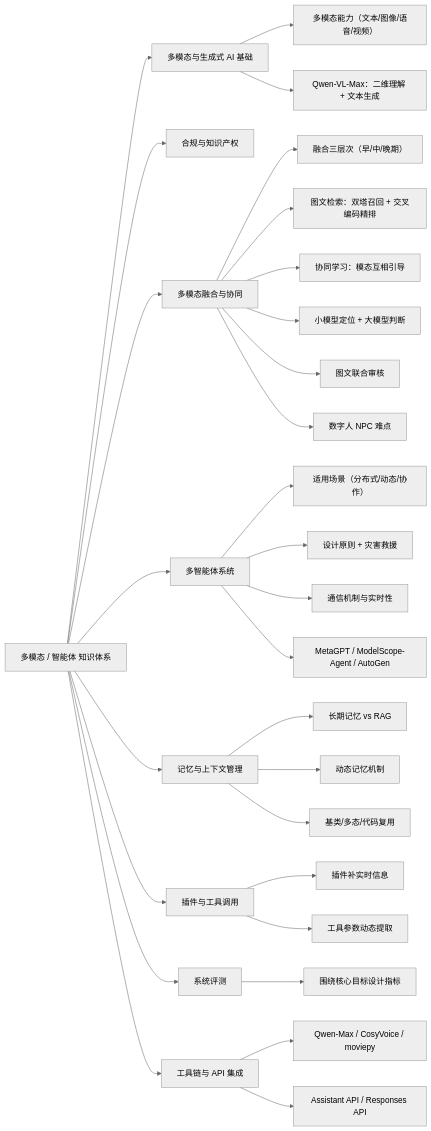
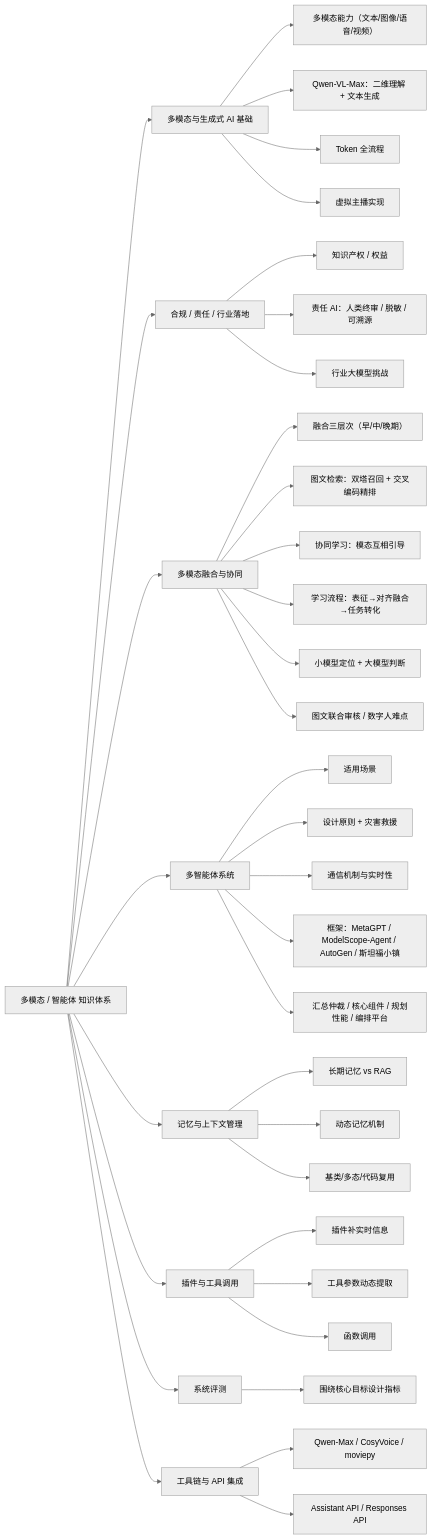
Before and after one commit to guoleihit/notes: the diagram in notes/ACP/多模态/多模态 知识点总结.md, drawn with Mermaid (neutral theme). The commit also changed other lines of this file and 1 other file, not shown here.

````diff
--- a/notes/ACP/多模态/多模态 知识点总结.md
+++ b/notes/ACP/多模态/多模态 知识点总结.md
@@ -57,31 +68,38 @@
 ```mermaid
 flowchart LR
     M["多模态 / 智能体 知识体系"] --> A["多模态与生成式 AI 基础"]
-    M --> B["合规与知识产权"]
+    M --> B["合规 / 责任 / 行业落地"]
     M --> C["多模态融合与协同"]
     M --> D["多智能体系统"]
     M --> E["记忆与上下文管理"]
     M --> F["插件与工具调用"]
     M --> G["系统评测"]
     M --> H["工具链与 API 集成"]
     A --> A1["多模态能力（文本/图像/语音/视频）"]
     A --> A2["Qwen-VL-Max：二维理解 + 文本生成"]
+    A --> A3["Token 全流程"]
+    A --> A4["虚拟主播实现"]
+    B --> B1["知识产权 / 权益"]
+    B --> B2["责任 AI：人类终审 / 脱敏 / 可溯源"]
+    B --> B3["行业大模型挑战"]
     C --> C1["融合三层次（早/中/晚期）"]
     C --> C2["图文检索：双塔召回 + 交叉编码精排"]
     C --> C3["协同学习：模态互相引导"]
-    C --> C4["小模型定位 + 大模型判断"]
-    C --> C5["图文联合审核"]
-    C --> C6["数字人 NPC 难点"]
-    D --> D1["适用场景（分布式/动态/协作）"]
+    C --> C4["学习流程：表征→对齐融合→任务转化"]
+    C --> C5["小模型定位 + 大模型判断"]
+    C --> C6["图文联合审核 / 数字人难点"]
+    D --> D1["适用场景"]
     D --> D2["设计原则 + 灾害救援"]
     D --> D3["通信机制与实时性"]
-    D --> D4["MetaGPT / ModelScope-Agent / AutoGen"]
+    D --> D4["框架：MetaGPT / ModelScope-Agent / AutoGen / 斯坦福小镇"]
+    D --> D5["汇总仲裁 / 核心组件 / 规划性能 / 编排平台"]
     E --> E1["长期记忆 vs RAG"]
     E --> E2["动态记忆机制"]
     E --> E3["基类/多态/代码复用"]
     F --> F1["插件补实时信息"]
     F --> F2["工具参数动态提取"]
+    F --> F3["函数调用"]
     G --> G1["围绕核心目标设计指标"]
     H --> H1["Qwen-Max / CosyVoice / moviepy"]
     H --> H2["Assistant API / Responses API"]
 ```
````
